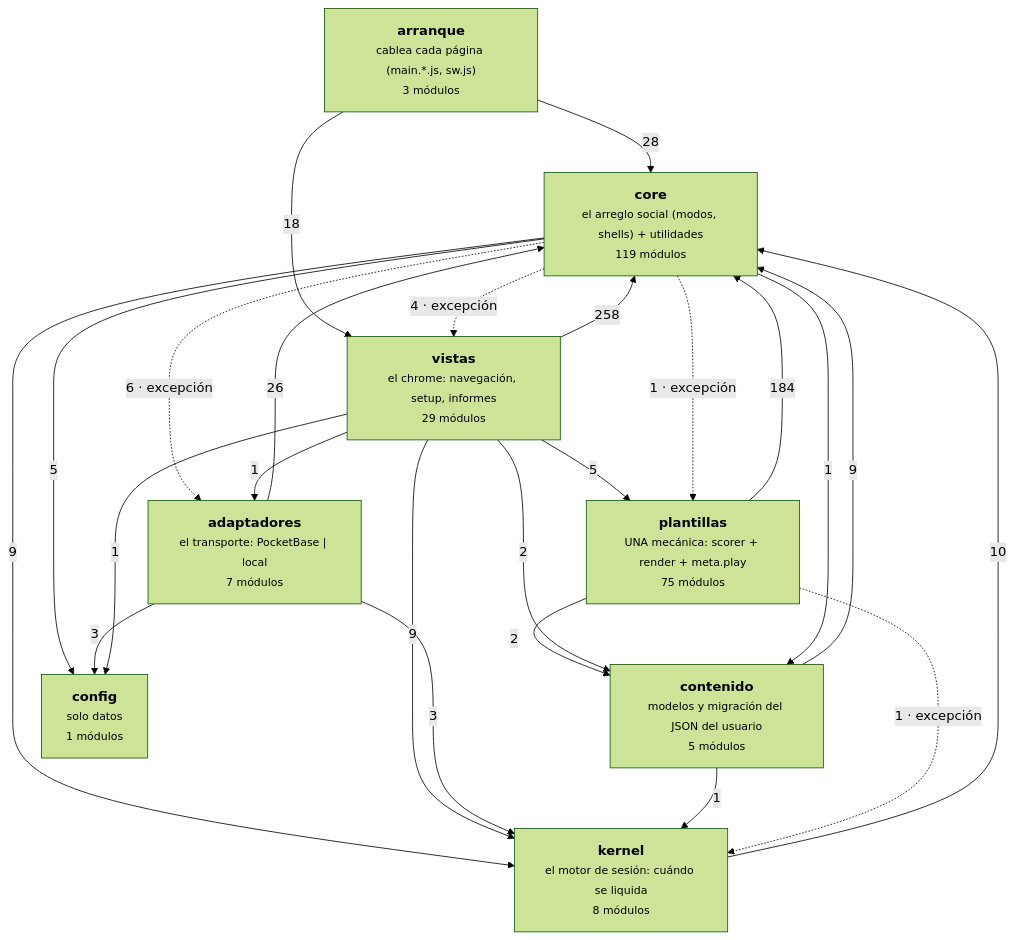
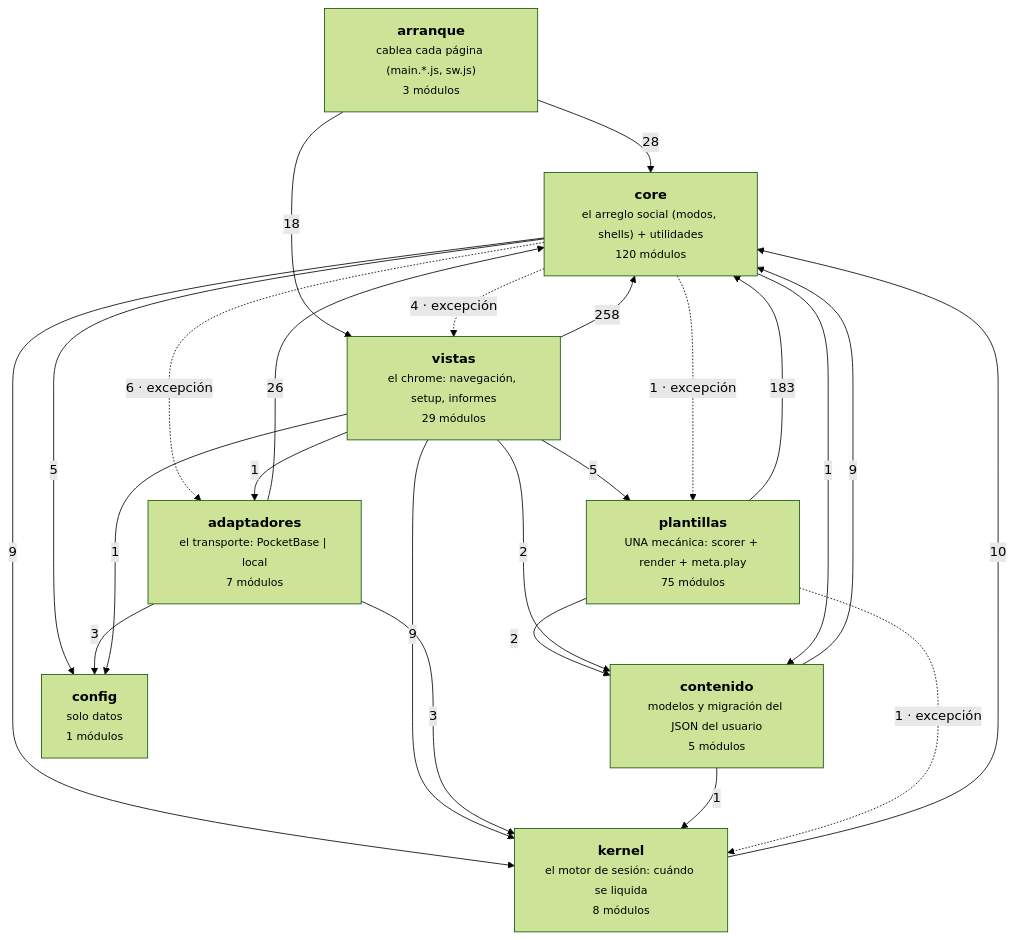
The diagram in docs/arquitectura-modulos.md (duecaz/ac), drawn with Mermaid (forest theme) before and after one commit. The commit also changed other lines of this file and 6 other files, not shown here.

````diff
--- a/docs/arquitectura-modulos.md
+++ b/docs/arquitectura-modulos.md
@@ -49,34 +49,34 @@
 ```mermaid
 graph TD
   A["<b>arranque</b><br/><small>cablea cada página (main.*.js, sw.js)</small><br/><small>3 módulos</small>"]
   V["<b>vistas</b><br/><small>el chrome: navegación, setup, informes</small><br/><small>29 módulos</small>"]
   AD["<b>adaptadores</b><br/><small>el transporte: PocketBase | local</small><br/><small>7 módulos</small>"]
-  C["<b>core</b><br/><small>el arreglo social (modos, shells) + utilidades</small><br/><small>119 módulos</small>"]
+  C["<b>core</b><br/><small>el arreglo social (modos, shells) + utilidades</small><br/><small>120 módulos</small>"]
   K["<b>kernel</b><br/><small>el motor de sesión: cuándo se liquida</small><br/><small>8 módulos</small>"]
   T["<b>plantillas</b><br/><small>UNA mecánica: scorer + render + meta.play</small><br/><small>75 módulos</small>"]
   CO["<b>contenido</b><br/><small>modelos y migración del JSON del usuario</small><br/><small>5 módulos</small>"]
   CF["<b>config</b><br/><small>solo datos</small><br/><small>1 módulos</small>"]
   V -->|258| C
-  T -->|184| C
+  T -->|183| C
   A -->|28| C
   AD -->|26| C
   A -->|18| V
   K -->|10| C
   C -->|9| K
   CO -->|9| C
   V -->|9| K
   C -.->|6 · excepción| AD
   C -->|5| CF
   V -->|5| T
   C -.->|4 · excepción| V
   AD -->|3| CF
   AD -->|3| K
   T -->|2| CO
   V -->|2| CO
   C -.->|1 · excepción| T
   C -->|1| CO
   CO -->|1| K
   T -.->|1 · excepción| K
   V -->|1| AD
   V -->|1| CF
 ```
````
